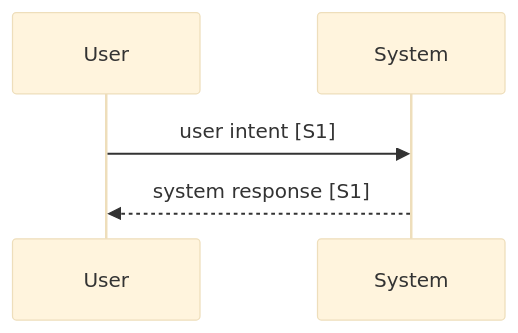
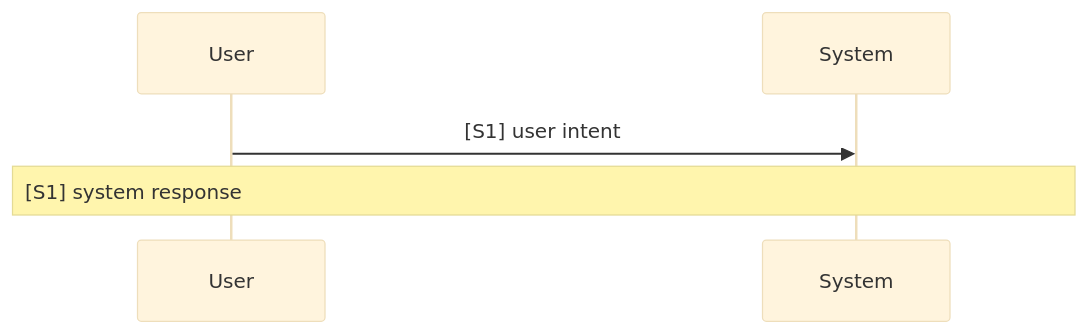
The diagram in dev/mvp/spec/02-use-cases/_TEMPLATE.md (Luke23127006/DeckAgent), drawn with Mermaid (base theme) before and after one commit. The commit also changed other lines of this file and 21 other files, not shown here.

First line of the commit message:
docs(spec): make the use case diagram the source of step text

````diff
--- a/dev/mvp/spec/02-use-cases/_TEMPLATE.md
+++ b/dev/mvp/spec/02-use-cases/_TEMPLATE.md
@@ -15,7 +17,8 @@
 ```mermaid
+%%{init: {"fontFamily": "inherit", "sequence": {"wrap": true, "actorMargin": 350, "messageFontSize": 14, "noteFontSize": 14, "actorFontSize": 14, "noteAlign": "left"}}}%%
 sequenceDiagram
   participant U as User
   participant S as System
-  U->>S: user intent [S1]
-  S-->>U: system response [S1]
+  U->>S: [S1] user intent
+  Note over U,S: [S1] system response
 ```
````
